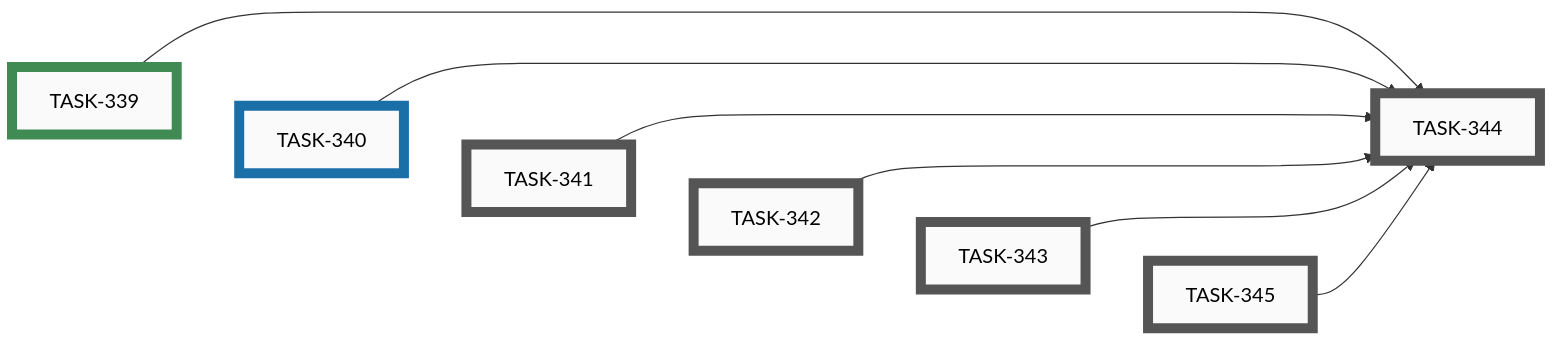
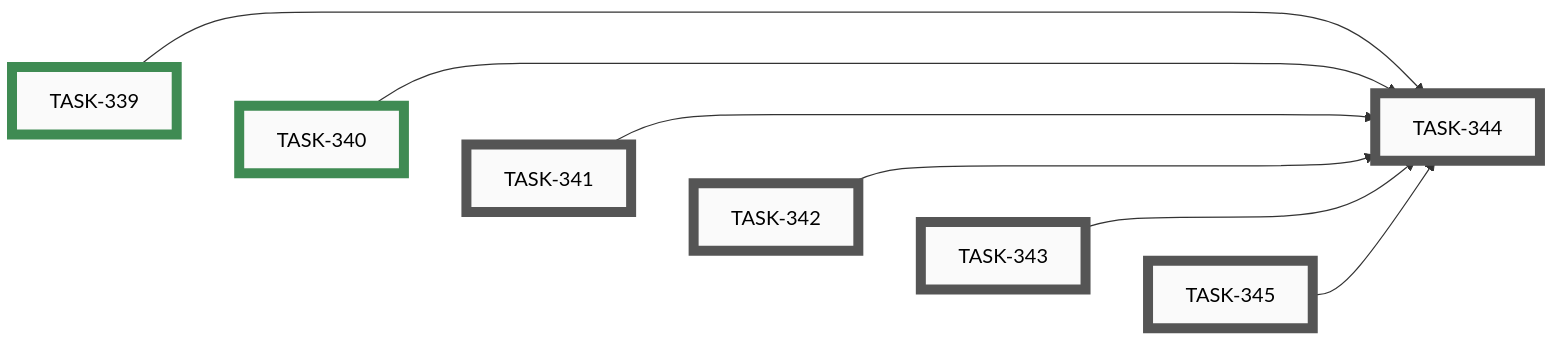
The ninth of 10 diagrams in docs/developers/tasks/EPICS.md (tgd1975/AwesomeStudioPedal), drawn with Mermaid before and after one commit. The commit also changed other lines of this file and 3 other files, not shown here.

Commit message:
close TASK-340: Add ASP logo to profile builder header

````diff
--- a/docs/developers/tasks/EPICS.md
+++ b/docs/developers/tasks/EPICS.md
@@ -366,32 +366,32 @@
 ```mermaid
 graph LR
     TASK_341["TASK-341"]:::open
     TASK_342["TASK-342"]:::open
     TASK_343["TASK-343"]:::open
     TASK_344["TASK-344"]:::open
     TASK_345["TASK-345"]:::open
-    TASK_340["TASK-340"]:::active
     TASK_339["TASK-339"]:::closed
+    TASK_340["TASK-340"]:::closed
     TASK_339 --> TASK_344
     TASK_340 --> TASK_344
     TASK_341 --> TASK_344
     TASK_342 --> TASK_344
     TASK_343 --> TASK_344
     TASK_345 --> TASK_344
     TASK_339 ~~~ TASK_340 ~~~ TASK_341 ~~~ TASK_342 ~~~ TASK_343 ~~~ TASK_345
     click TASK_341 "open/task-341-add-asp-logo-to-configuration-builder-header.md"
     click TASK_342 "open/task-342-add-asp-logo-to-mobile-app-appbar.md"
     click TASK_343 "open/task-343-add-github-social-preview-image.md"
     click TASK_344 "open/task-344-archive-idea-049-after-logo-tasks-shipped.md"
     click TASK_345 "open/task-345-swap-android-launcher-icon-to-asp-mark.md"
-    click TASK_340 "active/task-340-add-asp-logo-to-profile-builder-header.md"
     click TASK_339 "closed/task-339-add-asp-logo-to-web-simulator-header.md"
+    click TASK_340 "closed/task-340-add-asp-logo-to-profile-builder-header.md"
     classDef open    fill:#FAFAFA,stroke:#555,stroke-width:8px,color:#000
     classDef active  fill:#FAFAFA,stroke:#1A6FA8,stroke-width:8px,color:#000
     classDef closed  fill:#FAFAFA,stroke:#3F8B53,stroke-width:8px,color:#000
     classDef paused  fill:#FAFAFA,stroke:#B07810,stroke-width:8px,color:#000
     classDef openExt    fill:#000,stroke:#888,stroke-width:8px,color:#FFF
     classDef activeExt  fill:#000,stroke:#3FA9F5,stroke-width:8px,color:#FFF
     classDef closedExt  fill:#000,stroke:#7CC68A,stroke-width:8px,color:#FFF
     classDef pausedExt  fill:#000,stroke:#F0B030,stroke-width:8px,color:#FFF
 ```
````
